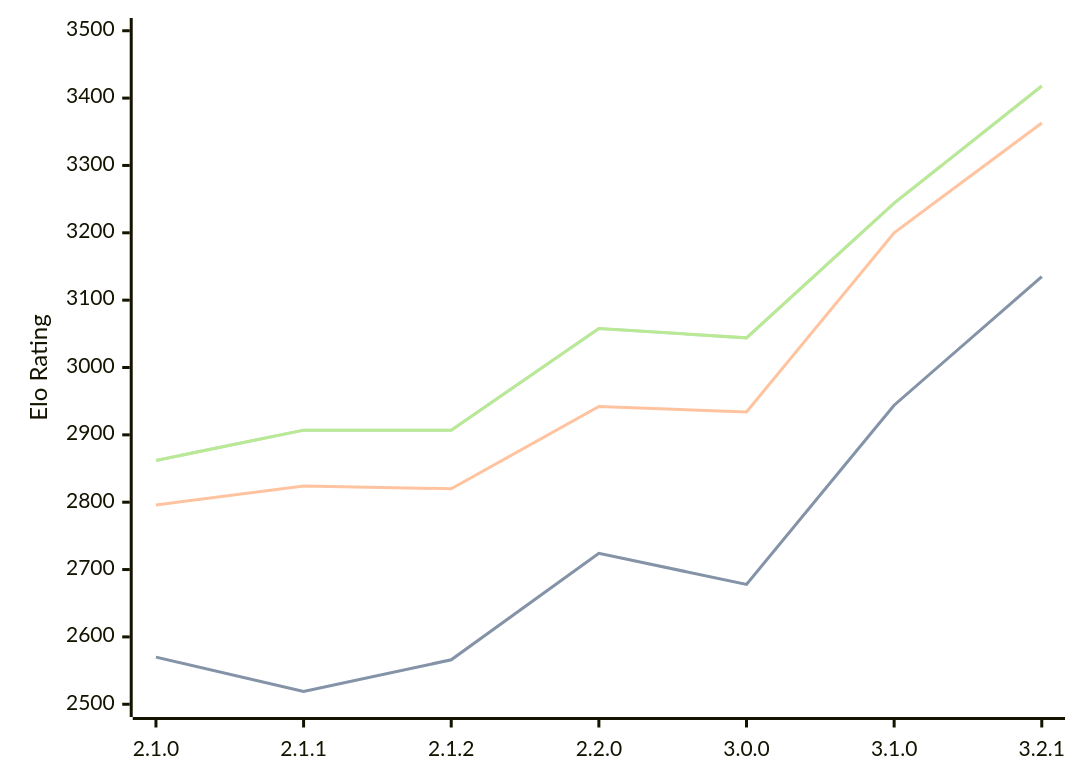
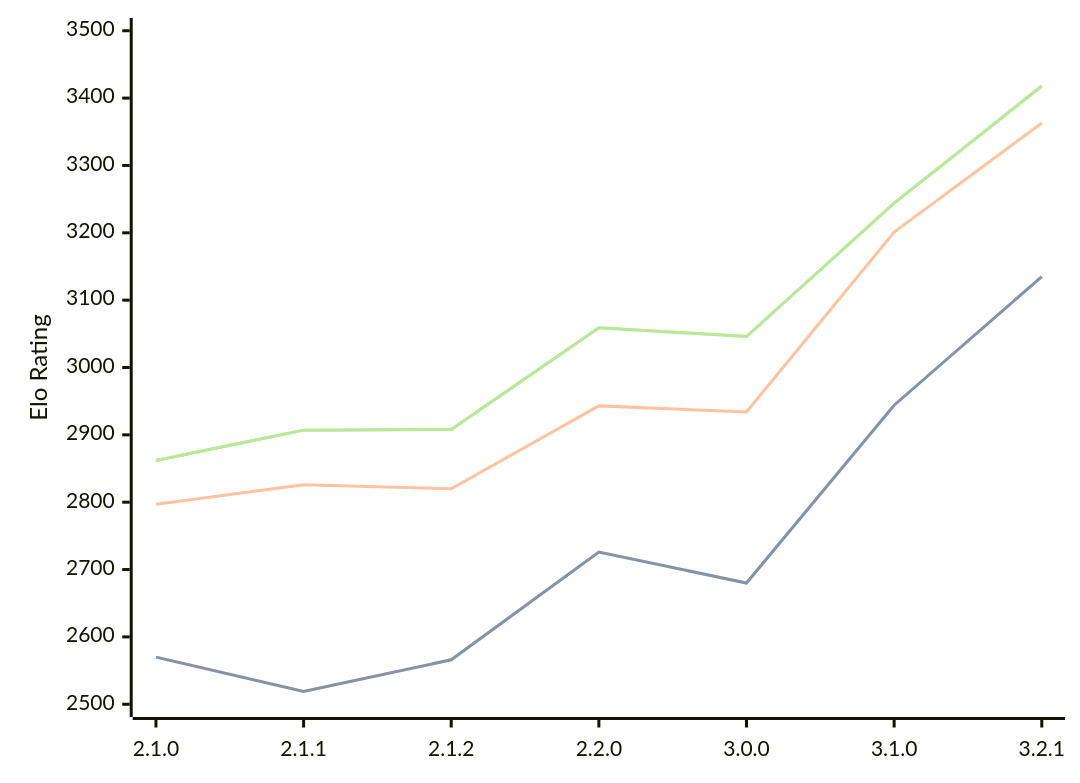
The diagram in engines/Prune.md (computer-chess-index/cci), drawn with Mermaid before and after one commit. The commit also changed other lines of this file, not shown here.

Commit message:
Update CCI Ratings (ELO VLTC) - 2026-04-27

````diff
--- a/engines/Prune.md
+++ b/engines/Prune.md
@@ -42,11 +42,11 @@
 ```mermaid
 %%{init: {"theme":"base","themeVariables":{"seriesColors:['#a3a3a3','#222221','#faa371']}}}%%
 xychart-beta
   x-axis ["2.1.0", "2.1.1", "2.1.2", "2.2.0", "3.0.0", "3.1.0", "3.2.1"]
   y-axis "Elo Rating" 2500 --> 3500
-  line "STC (8.0+0.08s)" [2570, 2519, 2566, 2724, 2678, 2944, 3135]
-  line "STC (8.0+0.08s)" [2570, 2519, 2566, 2724, 2678, 2944, 3135]
-  line "LTC (60.0+0.60s)" [2796, 2824, 2820, 2942, 2934, 3200, 3363]
-  line "VLTC (2m24s+1.12s)" [2862, 2907, 2907, 3058, 3044, 3244, 3418]
-  line "VLTC (2m24s+1.12s)" [2862, 2907, 2907, 3058, 3044, 3244, 3418]
+  line "STC (8.0+0.08s)" [2570, 2519, 2566, 2726, 2680, 2944, 3135]
+  line "STC (8.0+0.08s)" [2570, 2519, 2566, 2726, 2680, 2944, 3135]
+  line "LTC (60.0+0.60s)" [2797, 2826, 2820, 2943, 2934, 3201, 3363]
+  line "VLTC (2m24s+1.12s)" [2862, 2907, 2908, 3059, 3046, 3244, 3418]
+  line "VLTC (2m24s+1.12s)" [2862, 2907, 2908, 3059, 3046, 3244, 3418]
 ```
````
